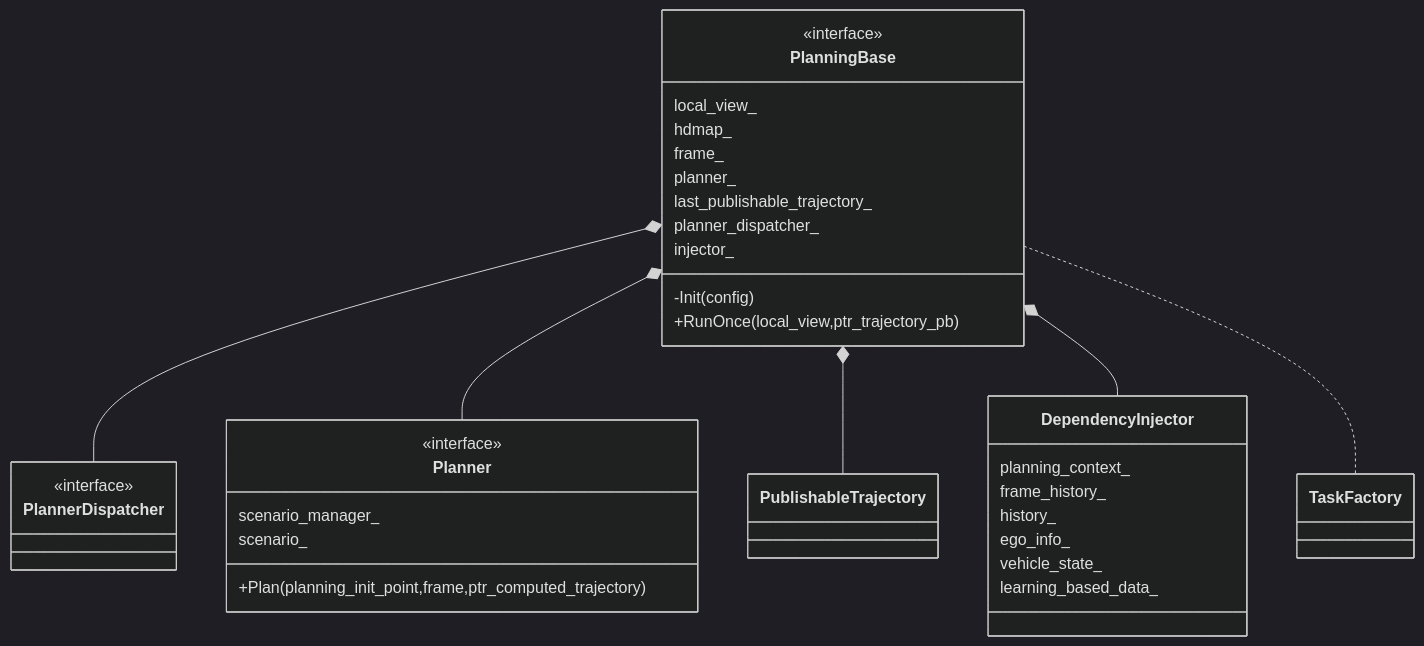
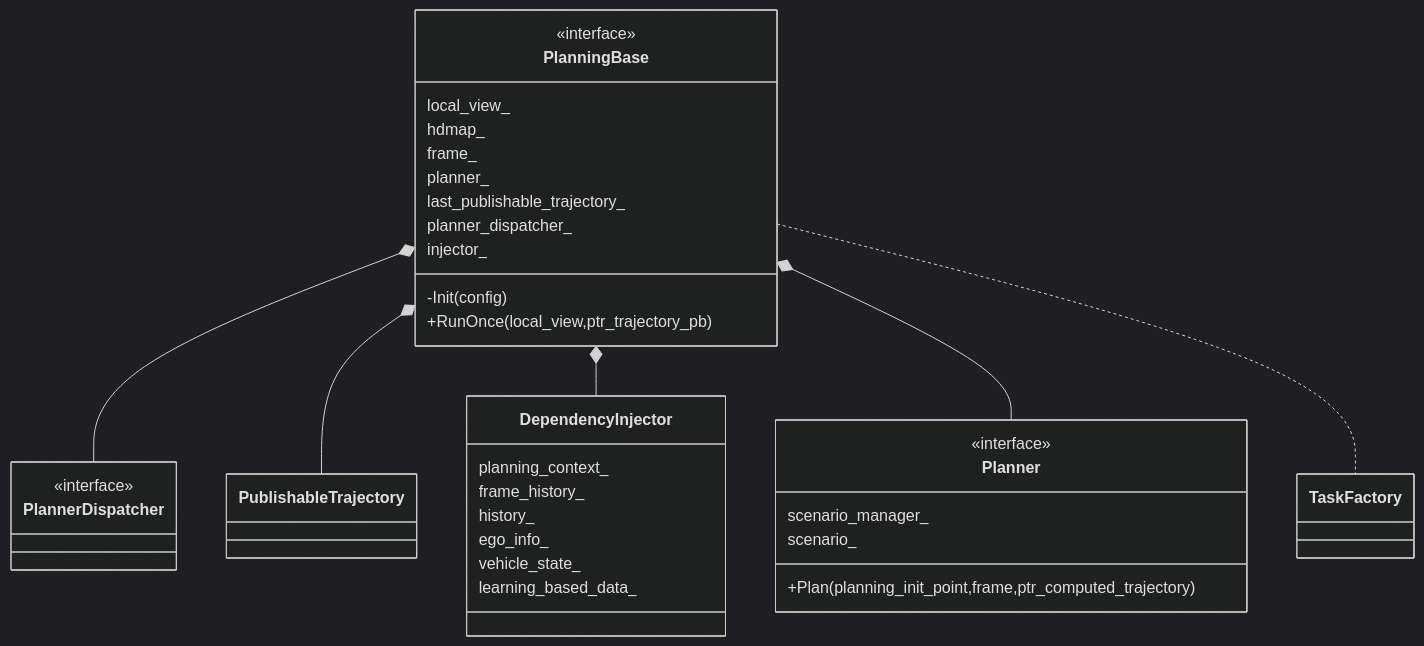
Before and after one commit to HaiYangLib/ApolloAnnotation: the second of 7 diagrams in doc/planning/类图.md, drawn with Mermaid (dark theme). The commit also changed other lines of this file and 407 other files, not shown here.

````diff
--- a/doc/planning/类图.md
+++ b/doc/planning/类图.md
@@ -60,51 +60,51 @@
 ```mermaid
 classDiagram
 
 class PlanningBase{
 	<<interface>>
 	local_view_
 	hdmap_
 	frame_
 	planner_
 	last_publishable_trajectory_
 	planner_dispatcher_
 	injector_
 	-Init(config)
 	+RunOnce(local_view,ptr_trajectory_pb)
 }
 
 PlanningBase*--PlannerDispatcher
 class PlannerDispatcher{
 	<<interface>>
 }
 
 
-PlanningBase*--Planner
-class Planner{
-	<<interface>>
-	scenario_manager_
-	scenario_
-	+Plan(planning_init_point,frame,ptr_computed_trajectory) 
-}
-
 
 PlanningBase*--PublishableTrajectory
 class PublishableTrajectory{
 	
 }
 
 PlanningBase*--DependencyInjector
 class DependencyInjector{
 	planning_context_
 	frame_history_
 	history_
 	ego_info_
 	vehicle_state_
 	learning_based_data_
 }
 
+PlanningBase*--Planner
+class Planner{
+	<<interface>>
+	scenario_manager_
+	scenario_
+	+Plan(planning_init_point,frame,ptr_computed_trajectory) 
+}
+
 PlanningBase..TaskFactory
 class TaskFactory{
 	
 }
 ```
````
